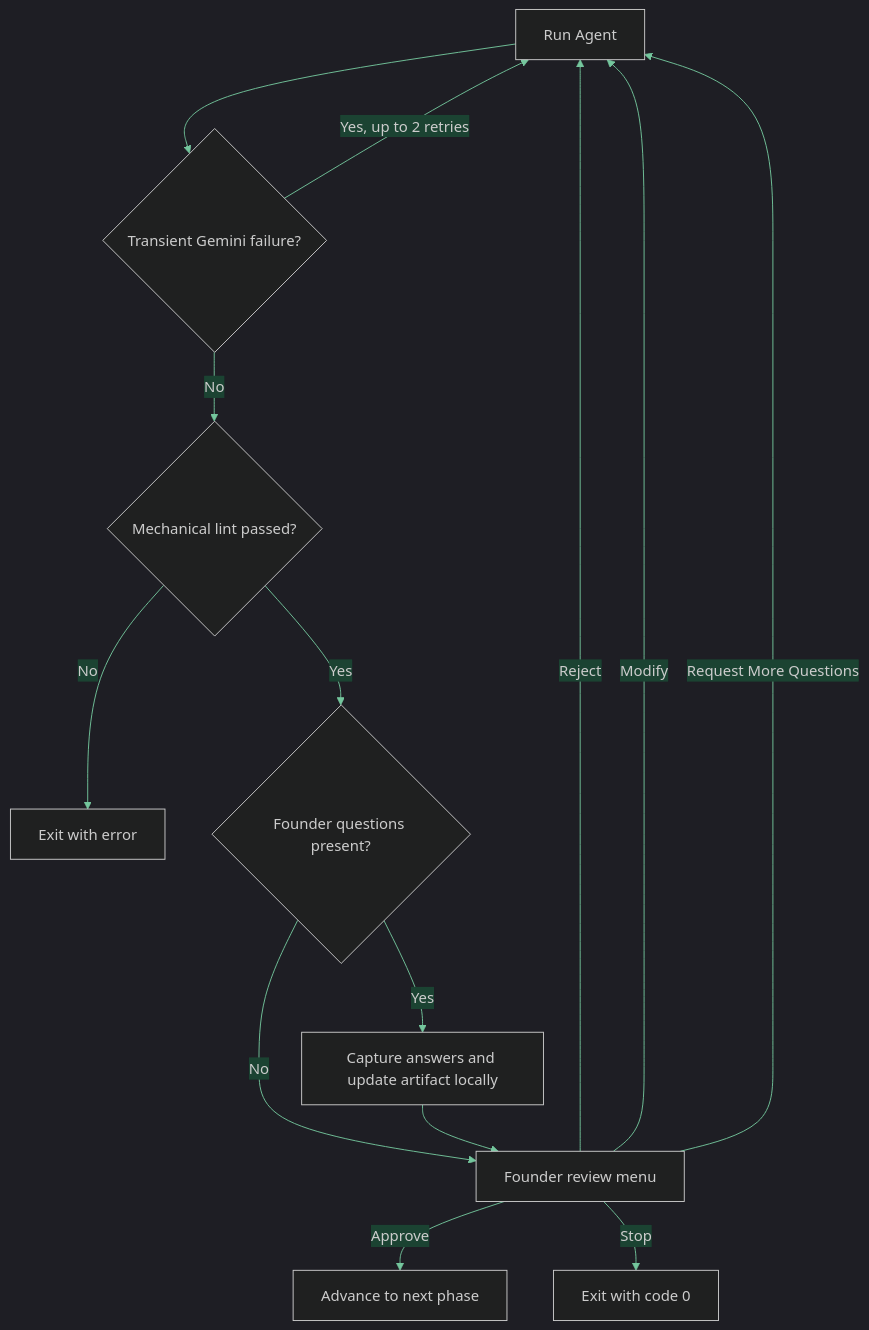
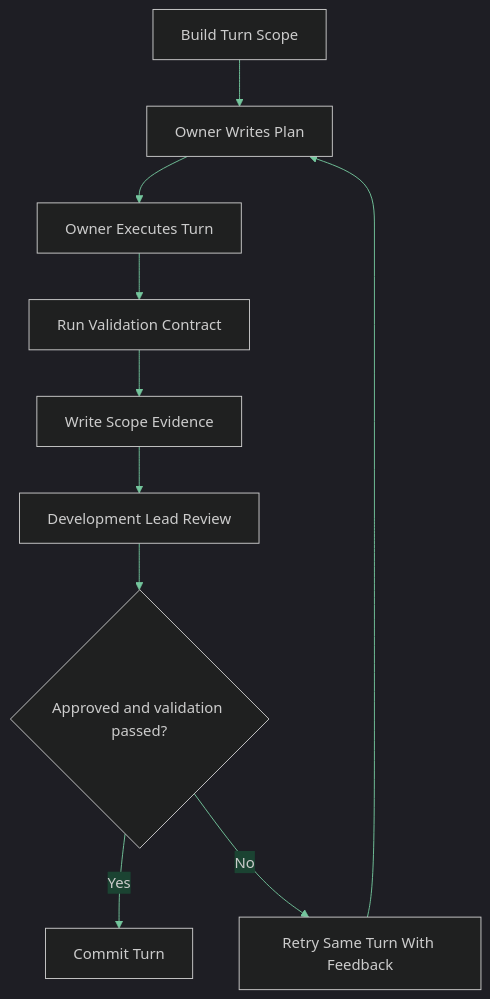
One commit to Shapedsundew9/asw changed the second of 2 diagrams in docs/user/reference/concepts.md. Above: the diagram before and after it, drawn with Mermaid. The commit also changed other lines of this file and 9 other files, not shown here.

````diff
--- a/docs/user/reference/concepts.md
+++ b/docs/user/reference/concepts.md
@@ -90,17 +99,13 @@
 ```mermaid
 %%{init: {'theme': 'dark', 'themeVariables': {'primaryColor': '#2d6a4f', 'primaryTextColor': '#d8f3dc', 'primaryBorderColor': '#52b788', 'lineColor': '#74c69d', 'secondaryColor': '#1b4332', 'tertiaryColor': '#40916c', 'edgeLabelBackground': '#1b4332'}}}%%
 flowchart TD
-    A[Run Agent] --> B{Transient Gemini failure?}
-    B -- Yes, up to 2 retries --> A
-    B -- No --> C{Mechanical lint passed?}
-    C -- No --> D[Exit with error]
-    C -- Yes --> E{Founder questions present?}
-    E -- Yes --> F[Capture answers and update artifact locally]
-    E -- No --> G[Founder review menu]
-    F --> G
-    G -- Approve --> H[Advance to next phase]
-    G -- Reject --> A
-    G -- Modify --> A
-    G -- Request More Questions --> A
-    G -- Stop --> I[Exit with code 0]
+    A[Build Turn Scope] --> B[Owner Writes Plan]
+    B --> C[Owner Executes Turn]
+    C --> D[Run Validation Contract]
+    D --> E[Write Scope Evidence]
+    E --> F[Development Lead Review]
+    F --> G{Approved and validation passed?}
+    G -- Yes --> H[Commit Turn]
+    G -- No --> I[Retry Same Turn With Feedback]
+    I --> B
 ```
````
